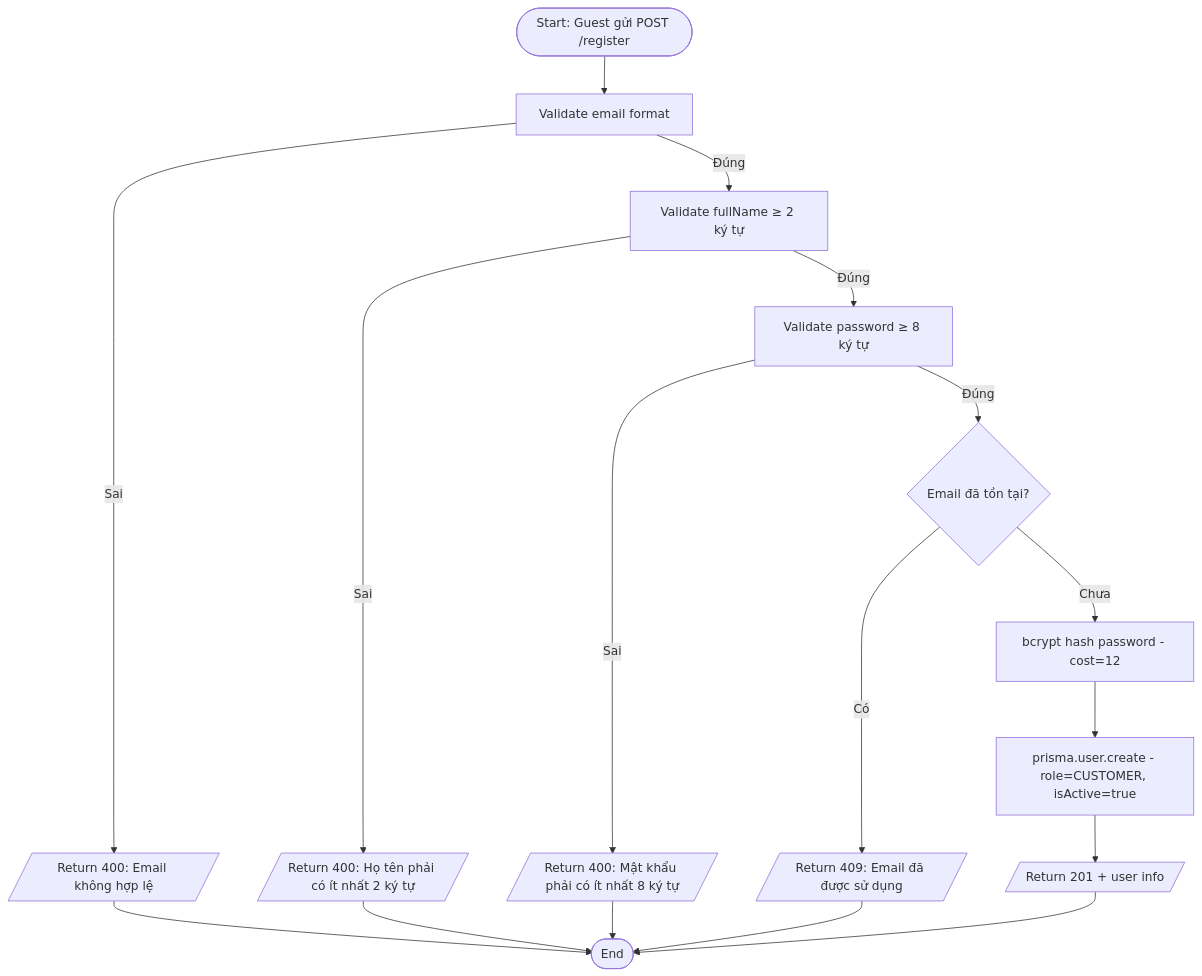
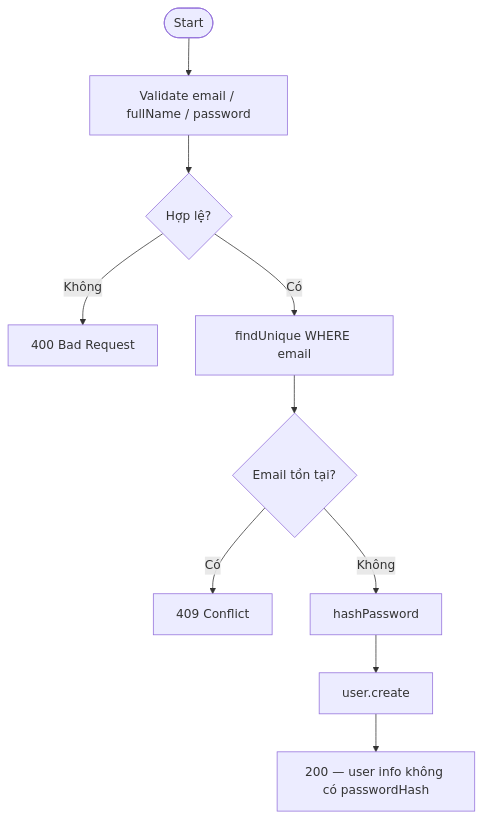
The first of 7 diagrams in docs/Auth/ActivityDiagram.md (phamvinh203/mobivexa), drawn with Mermaid before and after one commit. The commit also changed other lines of this file and 79 other files, not shown here.

Commit message:
📜 Add documentation for Inventory and Favorite modules including Use Cases, API Specifications, and Activity Diagrams

````diff
--- a/docs/Auth/ActivityDiagram.md
+++ b/docs/Auth/ActivityDiagram.md
@@ -13,19 +11,12 @@
 ```mermaid
 flowchart TD
-    A([Start: Guest gửi POST /register]) --> B[Validate email format]
-    B -->|Sai| E1[/Return 400: Email không hợp lệ/]
-    B -->|Đúng| C[Validate fullName ≥ 2 ký tự]
-    C -->|Sai| E2[/Return 400: Họ tên phải có ít nhất 2 ký tự/]
-    C -->|Đúng| D[Validate password ≥ 8 ký tự]
-    D -->|Sai| E3[/Return 400: Mật khẩu phải có ít nhất 8 ký tự/]
-    D -->|Đúng| F{Email đã tồn tại?}
-    F -->|Có| E4[/Return 409: Email đã được sử dụng/]
-    F -->|Chưa| G[bcrypt hash password - cost=12]
-    G --> H[prisma.user.create - role=CUSTOMER, isActive=true]
-    H --> I[/Return 201 + user info/]
-    I --> Z([End])
-    E1 --> Z
-    E2 --> Z
-    E3 --> Z
-    E4 --> Z
+    A([Start]) --> B[Validate email / fullName / password]
+    B --> C{Hợp lệ?}
+    C -- Không --> E1[400 Bad Request]
+    C -- Có --> D[findUnique WHERE email]
+    D --> E{Email tồn tại?}
+    E -- Có --> E2[409 Conflict]
+    E -- Không --> F[hashPassword]
+    F --> G[user.create]
+    G --> H[200 — user info không có passwordHash]
 ```
````
